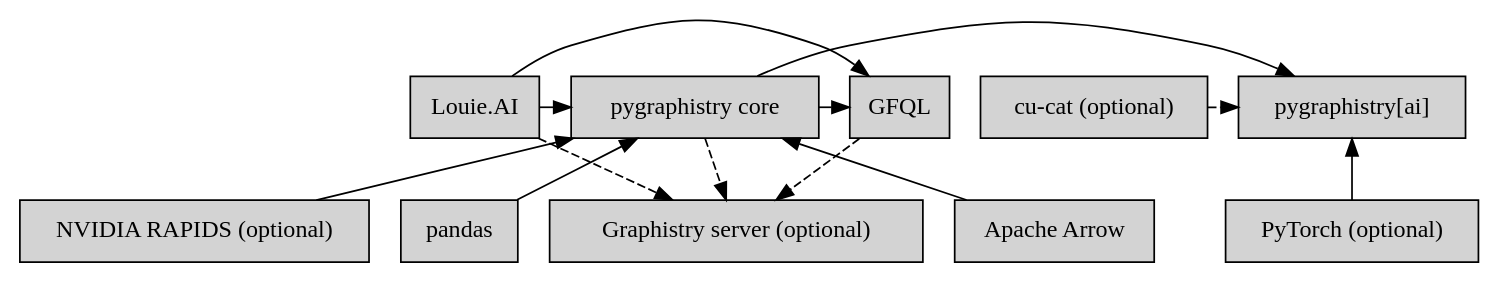
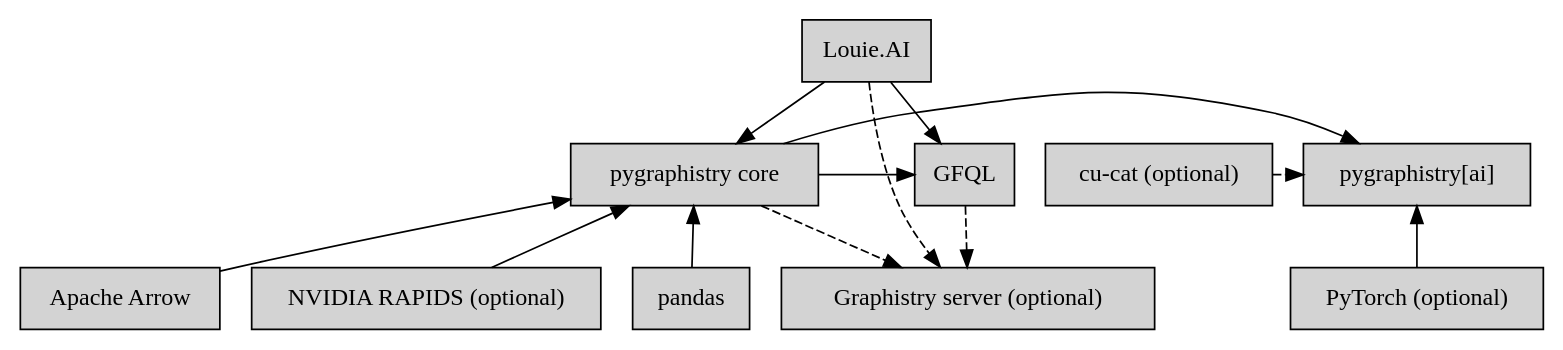
The diagram in docs/source/ecosystem.rst (graphistry/pygraphistry), drawn with Graphviz before and after one commit.

Commit message:
docs: move Louie to top row

```diff
--- a/docs/source/ecosystem.rst
+++ b/docs/source/ecosystem.rst
@@ -6,38 +6,39 @@
 .. graphviz::
 
    digraph graphistry_ecosystem_toy {
        rankdir=TB;
        node [shape=box, style=filled, fillcolor=lightgray];
 
        core [label="pygraphistry core"];
        gfql [label="GFQL"];
        ai [label="pygraphistry[ai]"];
        cucat [label="cu-cat (optional)"];
        louie [label="Louie.AI"];
 
        pandas [label="pandas"];
        arrow [label="Apache Arrow"];
        server [label="Graphistry server (optional)"];
        rapids [label="NVIDIA RAPIDS (optional)"];
        pytorch [label="PyTorch (optional)"];
 
        {rank=same; pandas; arrow; server; rapids; pytorch;}
-       {rank=same; gfql; core; ai; louie; cucat;}
+       {rank=same; gfql; core; ai; cucat;}
+       {rank=min; louie;}
 
        pandas -> core;
        arrow -> core;
        rapids -> core;
        pytorch -> ai;
 
        core -> gfql;
        core -> ai;
 
        cucat -> ai [style=dashed];
 
        louie -> core;
        louie -> gfql;
        louie -> server [style=dashed];
 
        core -> server [style=dashed];
        gfql -> server [style=dashed];
    }
```
